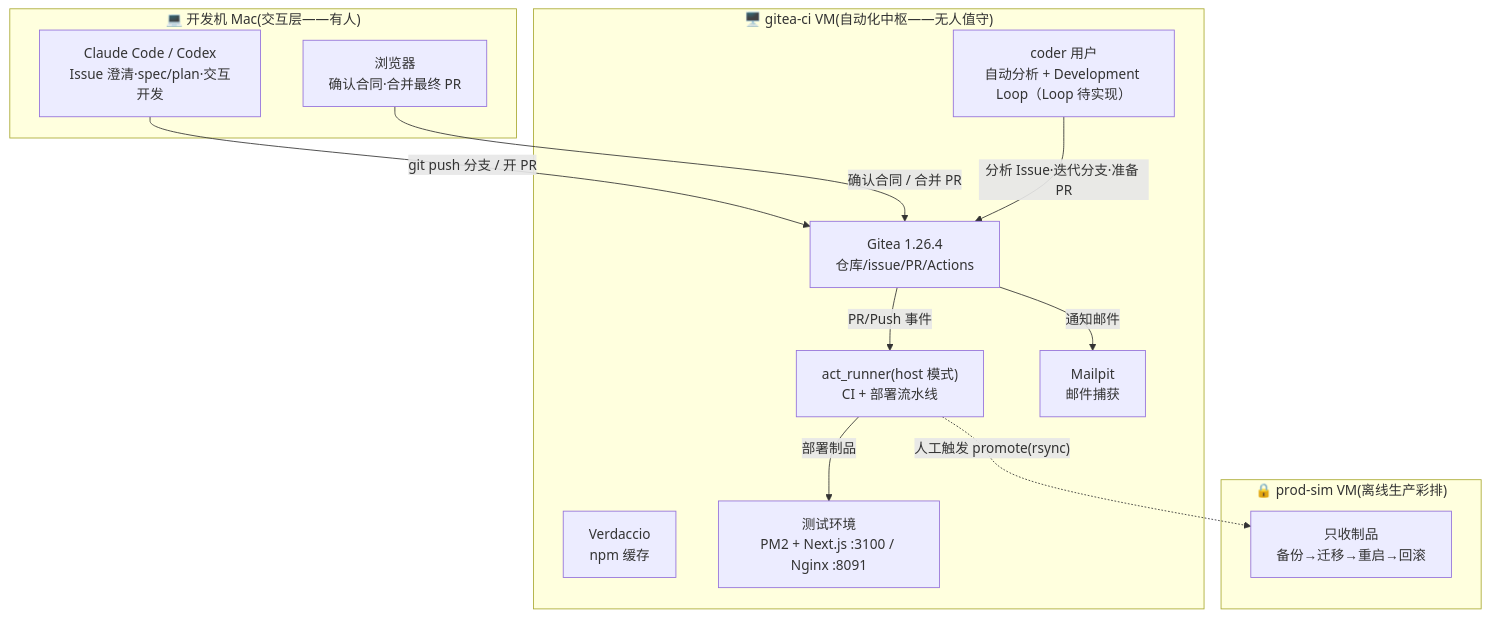
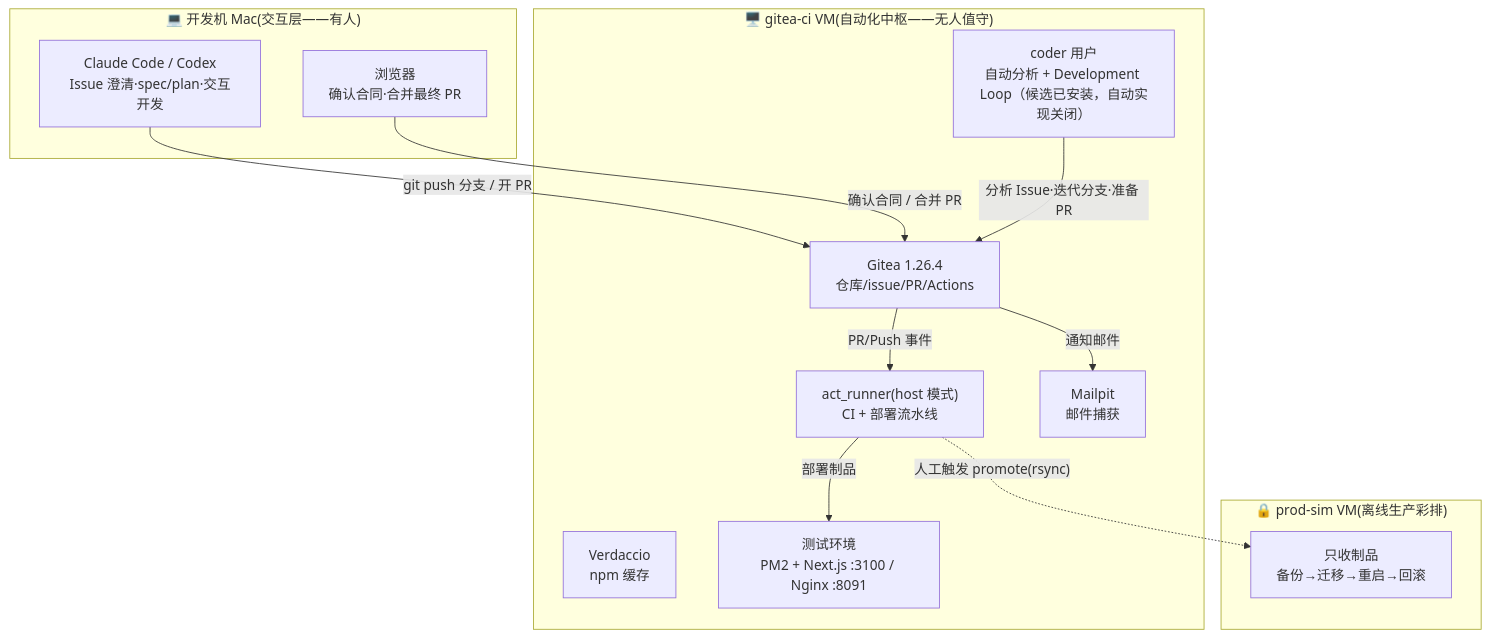
One commit to BenQue/AIGitea changed the first of 2 diagrams in README.md. Above: the diagram before and after it, drawn with Mermaid. The commit also changed other lines of this file and 3 other files, not shown here.

````diff
--- a/README.md
+++ b/README.md
@@ -24,28 +24,28 @@
 ```mermaid
 flowchart TB
     subgraph MAC["💻 开发机 Mac(交互层——有人)"]
         DEV["Claude Code / Codex<br/>Issue 澄清·spec/plan·交互开发"]
         BROWSER["浏览器<br/>确认合同·合并最终 PR"]
     end
 
     subgraph VM1["🖥️ gitea-ci VM(自动化中枢——无人值守)"]
         GITEA["Gitea 1.26.4<br/>仓库/issue/PR/Actions"]
         RUNNER["act_runner(host 模式)<br/>CI + 部署流水线"]
-        AGENT["coder 用户<br/>自动分析 + Development Loop（Loop 待实现）"]
+        AGENT["coder 用户<br/>自动分析 + Development Loop（候选已安装，自动实现关闭）"]
         VERD["Verdaccio<br/>npm 缓存"]
         MAIL["Mailpit<br/>邮件捕获"]
         TEST["测试环境<br/>PM2 + Next.js :3100 / Nginx :8091"]
     end
 
     subgraph VM2["🔒 prod-sim VM(离线生产彩排)"]
         PROD["只收制品<br/>备份→迁移→重启→回滚"]
     end
 
     DEV -->|"git push 分支 / 开 PR"| GITEA
     BROWSER -->|"确认合同 / 合并 PR"| GITEA
     AGENT -->|"分析 Issue·迭代分支·准备 PR"| GITEA
     GITEA -->|"PR/Push 事件"| RUNNER
     RUNNER -->|"部署制品"| TEST
     RUNNER -.->|"人工触发 promote(rsync)"| PROD
     GITEA -->|"通知邮件"| MAIL
 ```
````
